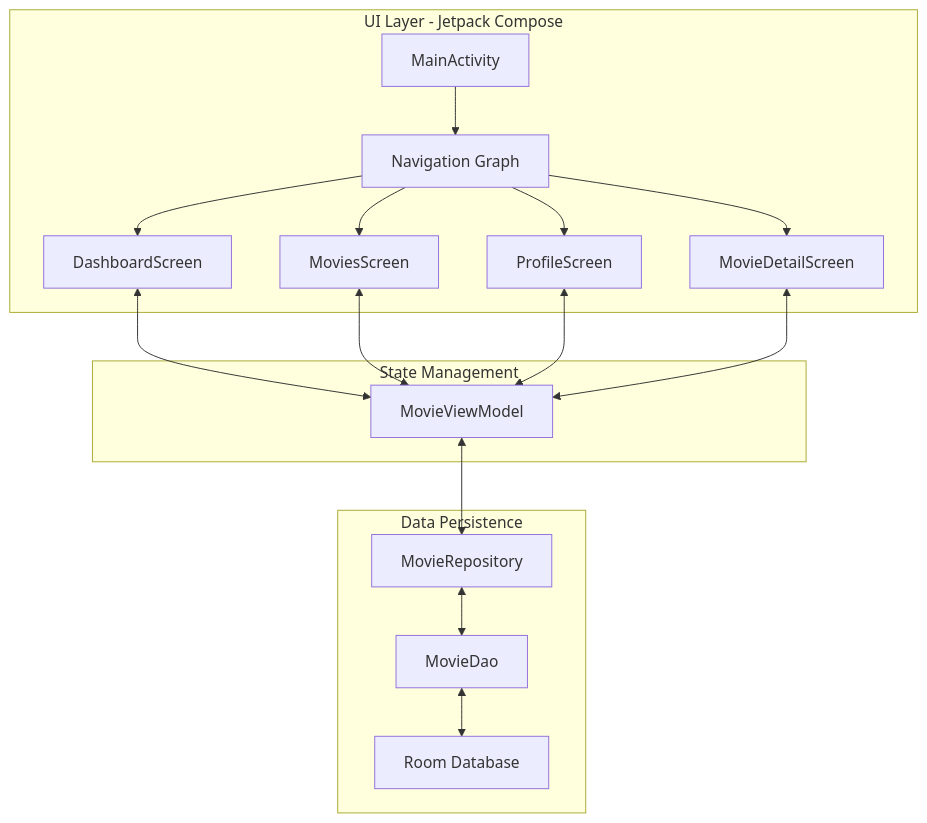
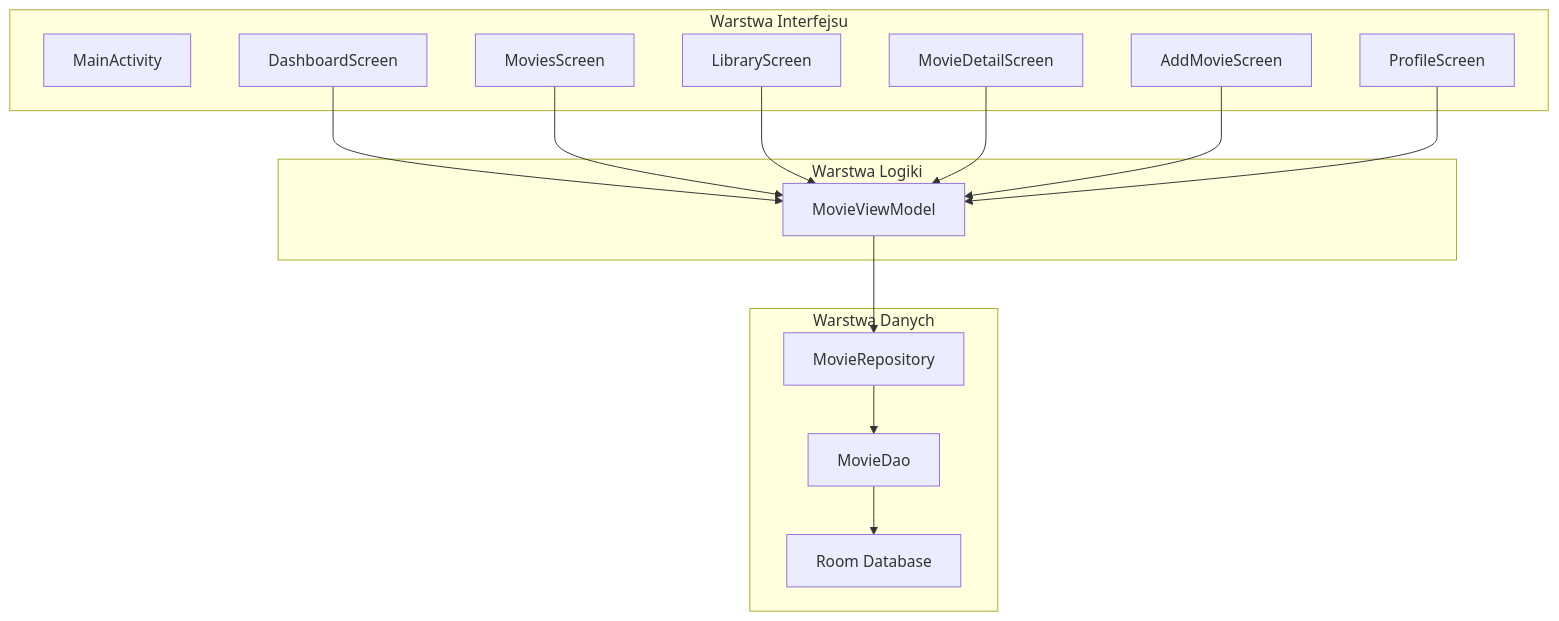
Before and after one commit to patrykspace/Cine-log: the first of 2 diagrams in README.md, drawn with Mermaid. The commit also changed other lines of this file, not shown here.

````diff
--- a/README.md
+++ b/README.md
@@ -16,25 +16,33 @@
 ```mermaid
 graph TD
-    subgraph UI_Layer [UI Layer - Jetpack Compose]
-        A[MainActivity] --> B[Navigation Graph]
-        B --> C[DashboardScreen]
-        B --> D[MoviesScreen]
-        B --> E[ProfileScreen]
-        B --> F[MovieDetailScreen]
+    subgraph UI [Warstwa Interfejsu]
+        A[MainActivity]
+        B[DashboardScreen]
+        C[MoviesScreen]
+        D[LibraryScreen]
+        E[MovieDetailScreen]
+        F[AddMovieScreen]
+        G[ProfileScreen]
     end
 
-    subgraph Logic_Layer [State Management]
-        G[MovieViewModel]
+    subgraph ViewModel [Warstwa Logiki]
+        H[MovieViewModel]
     end
 
-    subgraph Data_Layer [Data Persistence]
-        H[MovieRepository]
-        I[Room Database]
+    subgraph Data [Warstwa Danych]
+        I[MovieRepository]
         J[MovieDao]
+        K[Room Database]
     end
 
-    C & D & E & F <--> G
-    G <--> H
-    H <--> J
-    J <--> I
+    B --> H
+    C --> H
+    D --> H
+    E --> H
+    F --> H
+    G --> H
+
+    H --> I
+    I --> J
+    J --> K
 ```
````
